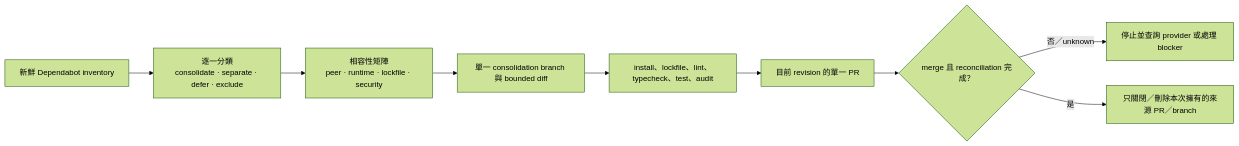
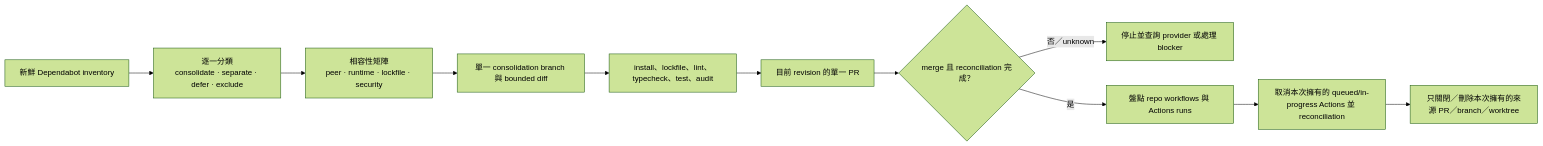
Before and after one commit to stephen-taipei/better-workflows: the second of 2 diagrams in docs/README.zh-TW.md, drawn with Mermaid (forest theme). The commit also changed other lines of this file and 6 other files, not shown here.

````diff
--- a/docs/README.zh-TW.md
+++ b/docs/README.zh-TW.md
@@ -177,11 +177,13 @@
 ```mermaid
 flowchart LR
   A["新鮮 Dependabot inventory"] --> B["逐一分類\nconsolidate · separate · defer · exclude"]
   B --> C["相容性矩陣\npeer · runtime · lockfile · security"]
   C --> D["單一 consolidation branch 與 bounded diff"]
   D --> E["install、lockfile、lint、typecheck、test、audit"]
   E --> F["目前 revision 的單一 PR"]
   F --> G{"merge 且 reconciliation 完成？"}
   G -- "否／unknown" --> H["停止並查詢 provider 或處理 blocker"]
-  G -- "是" --> I["只關閉／刪除本次擁有的來源 PR／branch"]
+  G -- "是" --> J["盤點 repo workflows 與 Actions runs"]
+  J --> K["取消本次擁有的 queued/in-progress Actions 並 reconciliation"]
+  K --> I["只關閉／刪除本次擁有的來源 PR／branch／worktree"]
 ```
````
